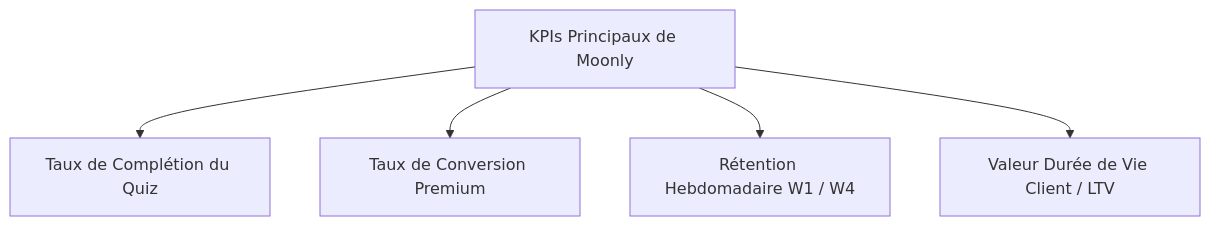
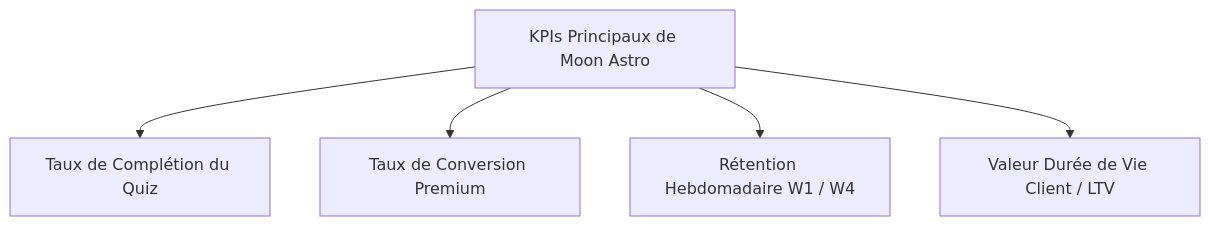
The sixth of 6 diagrams in productdesign.md (MelDennis1992/MoonAstro), drawn with Mermaid before and after one commit. The commit also changed other lines of this file and 10 other files, not shown here.

````diff
--- a/productdesign.md
+++ b/productdesign.md
@@ -416,7 +416,7 @@
 ```mermaid
 graph TD
-    KPI[KPIs Principaux de Moonly] --> ACQ[Taux de Complétion du Quiz]
+    KPI[KPIs Principaux de Moon Astro] --> ACQ[Taux de Complétion du Quiz]
     KPI --> MON[Taux de Conversion Premium]
     KPI --> RET[Rétention Hebdomadaire W1 / W4]
     KPI --> LTV[Valeur Durée de Vie Client / LTV]
 ```
````
